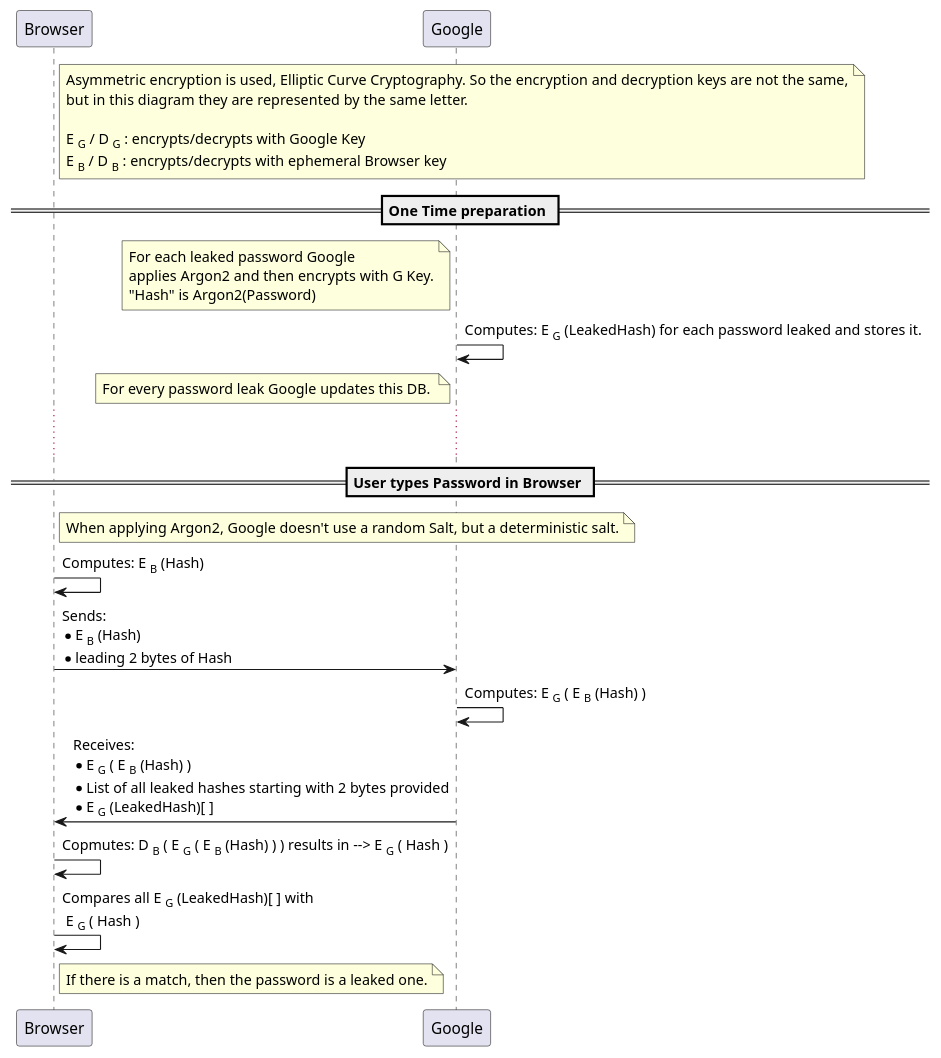
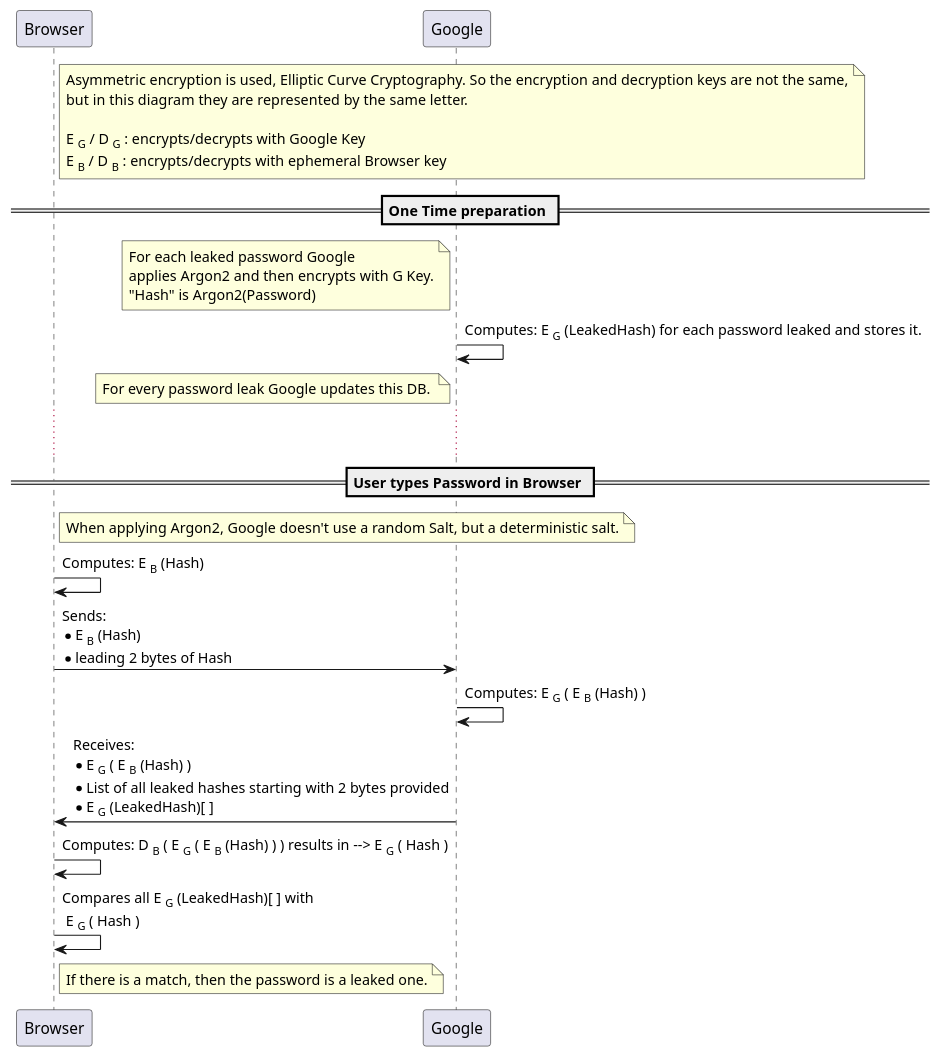
One commit to kantos/Sequence-Diagrams changed the diagram in GooglePasswordCheckup.wsd. Above: the diagram before and after it, drawn with PlantUML.

```diff
--- a/GooglePasswordCheckup.wsd
+++ b/GooglePasswordCheckup.wsd
@@ -1,48 +1,48 @@
 @startuml
 
 participant "Browser" as B
 participant "Google" as G
 
 note right B
 Asymmetric encryption is used, Elliptic Curve Cryptography. So the encryption and decryption keys are not the same,
 but in this diagram they are represented by the same letter.
 
 E <sub>G</sub> / D <sub>G</sub> : encrypts/decrypts with Google Key
 E <sub>B</sub> / D <sub>B</sub> : encrypts/decrypts with ephemeral Browser key
 endnote
 
 == One Time preparation ==
 
 
 note left G
 For each leaked password Google
 applies Argon2 and then encrypts with G Key.
 "Hash" is Argon2(Password)
 endnote 
 
 G -> G: Computes: E <sub>G</sub> (LeakedHash) for each password leaked and stores it.
 
 note left G
 For every password leak Google updates this DB. 
 endnote
 ... ...
 == User types Password in Browser ==
 
 note right B
 When applying Argon2, Google doesn't use a random Salt, but a deterministic salt.
 endnote
 B -> B: Computes: E <sub>B</sub> (Hash)
 B -> G: Sends:\n* E <sub>B</sub> (Hash) \n* leading 2 bytes of Hash
 
 G -> G: Computes: E <sub>G</sub> ( E <sub>B</sub> (Hash) )
 G -> B: Receives: \n* E <sub>G</sub> ( E <sub>B</sub> (Hash) ) \n* List of all leaked hashes starting with 2 bytes provided \n* E <sub>G</sub> (LeakedHash)[ ]
 
-B -> B: Copmutes: D <sub>B</sub> ( E <sub>G</sub> ( E <sub>B</sub> (Hash) ) ) results in --> E <sub>G</sub> ( Hash )
+B -> B: Computes: D <sub>B</sub> ( E <sub>G</sub> ( E <sub>B</sub> (Hash) ) ) results in --> E <sub>G</sub> ( Hash )
 B -> B: Compares all E <sub>G</sub> (LeakedHash)[ ] with\n E <sub>G</sub> ( Hash )
 
 note right B
 If there is a match, then the password is a leaked one.
 endnote 
 
 
 @enduml
```
